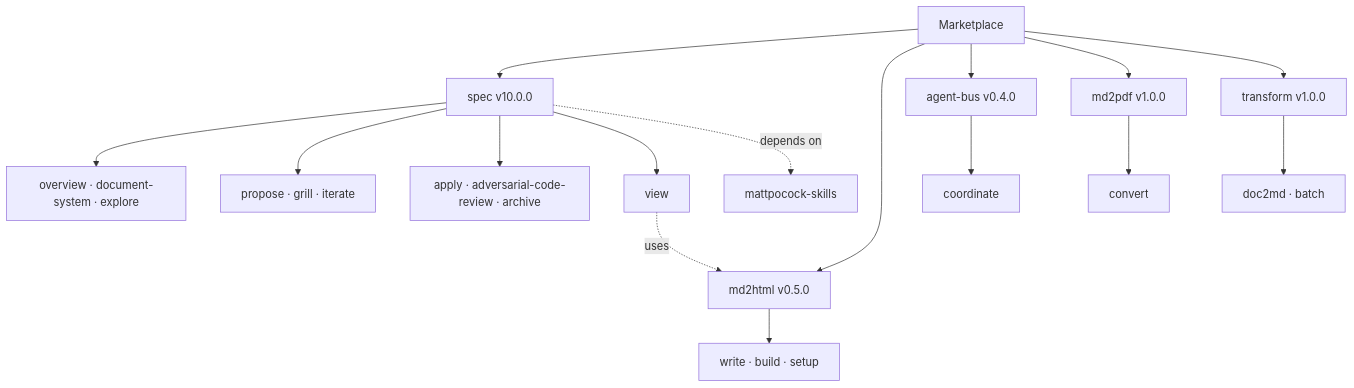
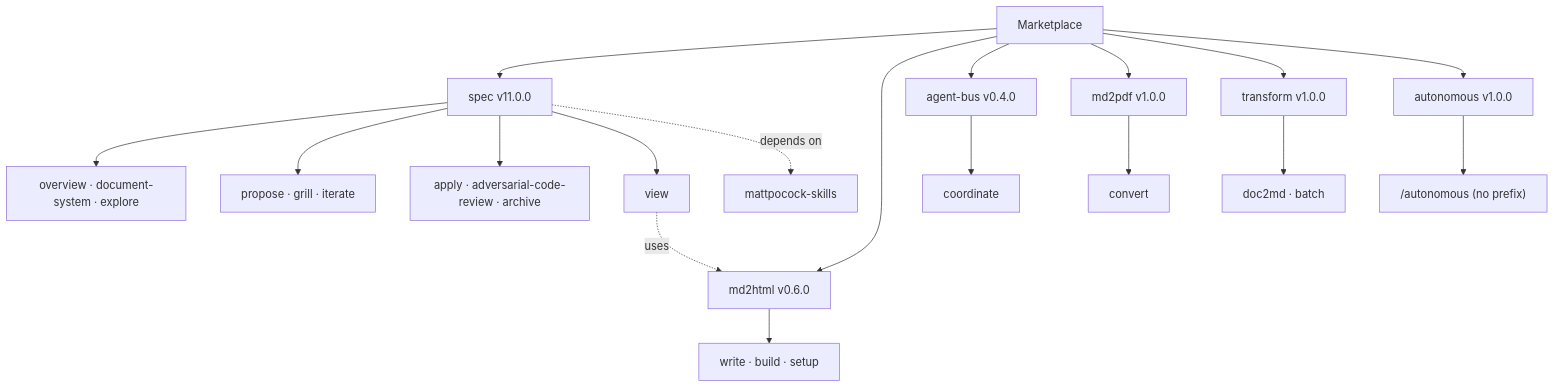
One commit to tillg/till-claude-code-marketplace changed the third of 3 diagrams in specs/system/domain.md. Above: the diagram before and after it, drawn with Mermaid. The commit also changed other lines of this file and 42 other files, not shown here.

First line of the commit message:
autonomous 1.0.0, spec 11.0.0, md2html 0.6.0: DECISIONS.md format, safe build

````diff
--- a/specs/system/domain.md
+++ b/specs/system/domain.md
@@ -167,20 +171,22 @@
 ```mermaid
 graph TD
-    M[Marketplace] --> S[spec v10.0.0]
-    M --> H[md2html v0.5.0]
+    M[Marketplace] --> S[spec v11.0.0]
+    M --> H[md2html v0.6.0]
     M --> B[agent-bus v0.4.0]
     M --> P[md2pdf v1.0.0]
     M --> T[transform v1.0.0]
+    M --> AU[autonomous v1.0.0]
 
     S --> S1[overview · document-system · explore]
     S --> S2[propose · grill · iterate]
     S --> S3[apply · adversarial-code-review · archive]
     S --> S4[view]
     S -. depends on .-> MP[mattpocock-skills]
     S4 -. uses .-> H
 
     H --> H1[write · build · setup]
     B --> B1[coordinate]
+    AU --> AU1["/autonomous (no prefix)"]
     P --> P1[convert]
     T --> T1[doc2md · batch]
 ```
````
